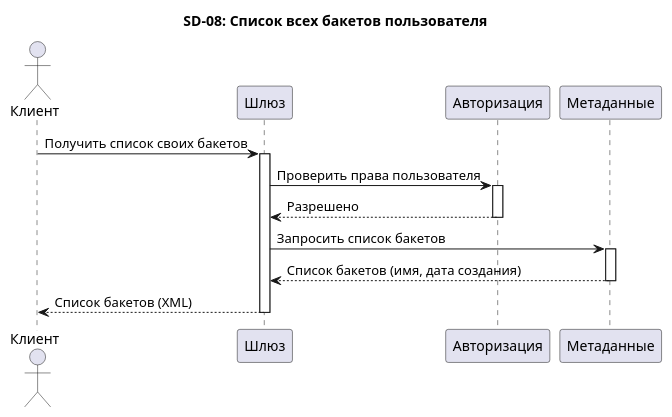
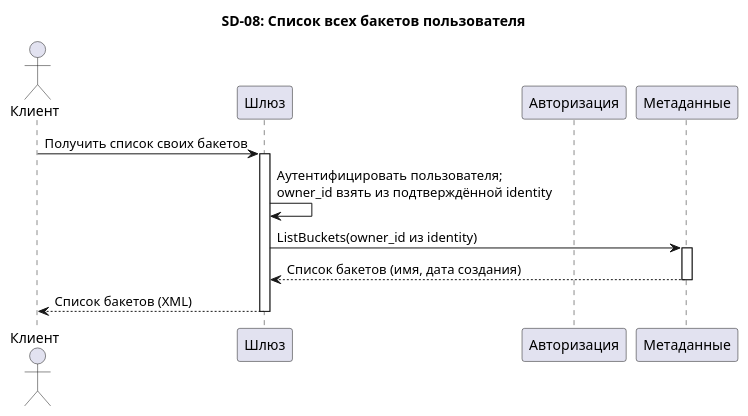
One commit to alesplll/opens3-rebac changed the eighth of 16 diagrams in docs/sequence_diagrams.md. Above: the diagram before and after it, drawn with PlantUML. The commit also changed other lines of this file and 21 other files, not shown here.

````diff
--- a/docs/sequence_diagrams.md
+++ b/docs/sequence_diagrams.md
@@ -300,27 +301,24 @@
 ```plantuml
 @startuml SD-08-ListBuckets
 title SD-08: Список всех бакетов пользователя
 
 actor       "Клиент"   as Client
 participant "Шлюз"     as GW
 participant "Авторизация" as AZ
 participant "Метаданные" as MD
 
 Client -> GW : Получить список своих бакетов
 activate GW
 
-GW -> AZ : Проверить права пользователя
-activate AZ
-AZ --> GW : Разрешено
-deactivate AZ
+GW -> GW : Аутентифицировать пользователя;\nowner_id взять из подтверждённой identity
 
-GW -> MD : Запросить список бакетов
+GW -> MD : ListBuckets(owner_id из identity)
 activate MD
 MD --> GW : Список бакетов (имя, дата создания)
 deactivate MD
 
 GW --> Client : Список бакетов (XML)
 deactivate GW
 
 @enduml
 ```
````
